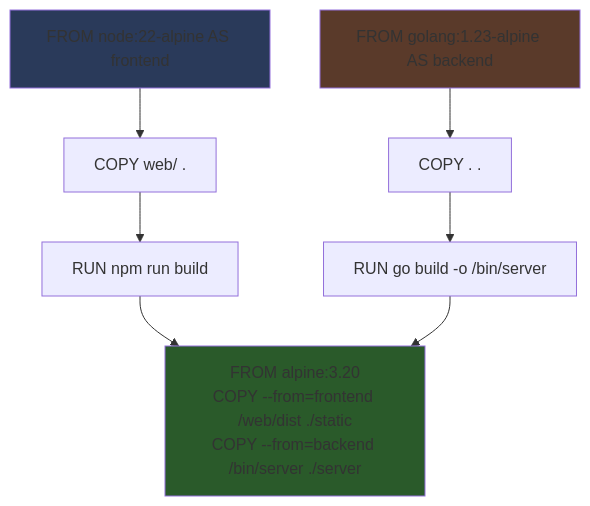
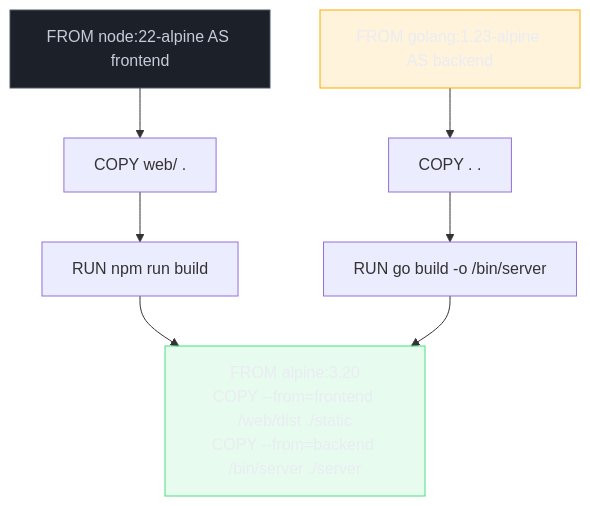
The first of 2 diagrams in 03-Dominios/Tecnologia/Infraestrutura/Docker/10 - BuildKit por dentro.md (josenaldo/codex-technomanticus), drawn with Mermaid before and after one commit. The commit also changed other lines of this file and 1181 other files, not shown here.

First line of the commit message:
fix(diagramas): paleta do sistema no lugar de cor cravada no markdown

````diff
--- a/03-Dominios/Tecnologia/Infraestrutura/Docker/10 - BuildKit por dentro.md
+++ b/03-Dominios/Tecnologia/Infraestrutura/Docker/10 - BuildKit por dentro.md
@@ -31,15 +31,18 @@
 ```mermaid
 graph TB
+    classDef neutro fill:#1B2029,stroke:#4E5666,color:#C6CCD8
+    classDef destaque fill:#FFAA0024,stroke:#FFAA00,color:#E9ECF2
+    classDef ok fill:#4ADE8021,stroke:#4ADE80,color:#E9ECF2
     F1["FROM node:22-alpine AS frontend"] --> C1["COPY web/ ."]
     C1 --> R1["RUN npm run build"]
 
     F2["FROM golang:1.23-alpine AS backend"] --> C2["COPY . ."]
     C2 --> R2["RUN go build -o /bin/server"]
 
     R1 --> M["FROM alpine:3.20<br/>COPY --from=frontend /web/dist ./static<br/>COPY --from=backend /bin/server ./server"]
     R2 --> M
 
-    style F1 fill:#2a3a5a
-    style F2 fill:#5a3a2a
-    style M fill:#2a5a2a
+    class F1 neutro
+    class F2 destaque
+    class M ok
 ```
````
